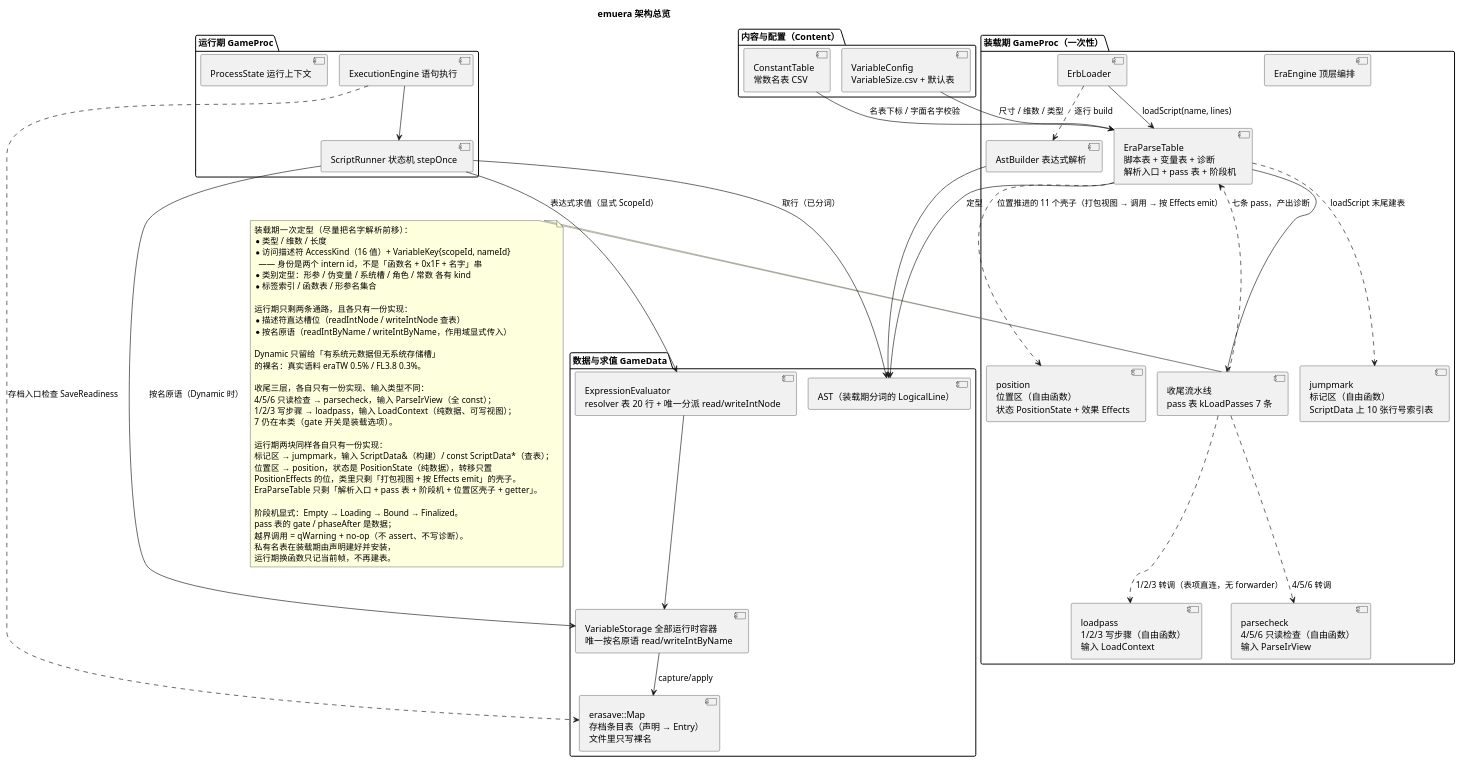
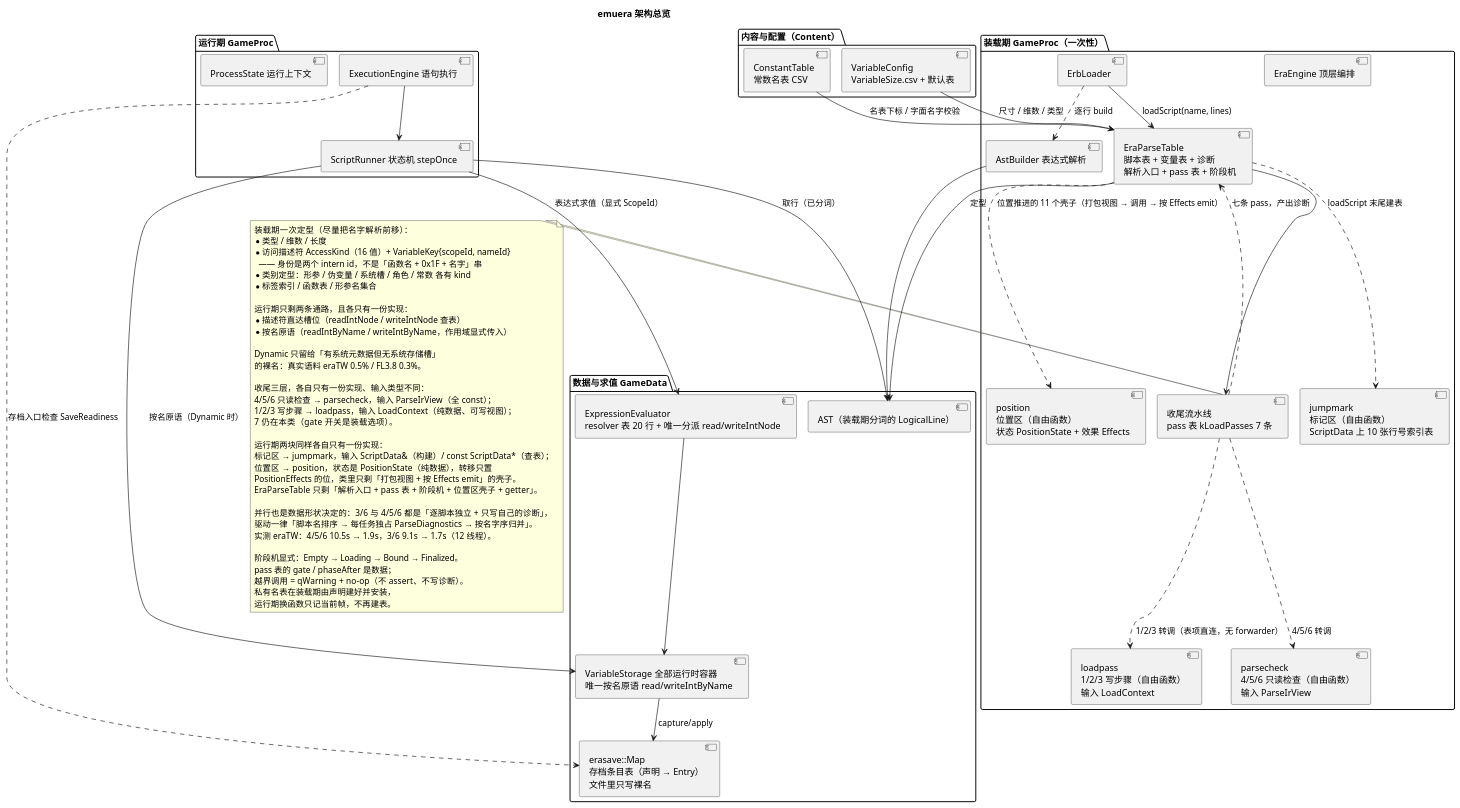
The diagram in docs/uml/00-overview.puml (yigekuyou/qt-eraemu), drawn with PlantUML before and after one commit. The commit also changed 2 other files, not shown here.

Commit message:
docs/uml：收尾并行（3/6 与 4/5/6）写进图与 README
- 00：note 补「并行也是数据形状决定的」——3/6 与 4/5/6 都是逐脚本独立 +
  只写自己的诊断，驱动统一为「脚本名排序 → 每任务独占 sink → 按名字序归并」；
  实测 eraTW：4/5/6 10.5s → 1.9s，3/6 9.1s → 1.7s（12 线程）。
- 04：3/6 的 group 里标出「两半同在一个脚本任务」（后半读前半刚写的
  line.argument.typeOk，脚本内顺序依赖）；只读检查三步标出 runPerScript
  的归并序与实测耗时。
- README：新增「收尾并行由数据形状决定」条目（含串行阈值、sortForOutput
  的兜底地位、未排序输出与基线逐字节相同这条证据）。

9 张图 -tpng / -tsvg 全部渲染通过。

```diff
--- a/docs/uml/00-overview.puml
+++ b/docs/uml/00-overview.puml
@@ -1,90 +1,94 @@
 @startuml 00-overview
 ' 无 graphviz(dot) 时用 PlantUML 内置 smetana 布局引擎（有 dot 可删掉这两行）
 !pragma layout smetana
 ' emuera —— 架构总览：装载期一次定型，运行期只做存取
 ' 渲染：plantuml -tpng docs/uml/00-overview.puml
 title emuera 架构总览
 
 package "装载期 GameProc（一次性）" {
   [EraEngine 顶层编排] as Engine
   [ErbLoader] as Loader
   [AstBuilder 表达式解析] as Builder
   [EraParseTable\n脚本表 + 变量表 + 诊断\n解析入口 + pass 表 + 阶段机] as Table
   [收尾流水线\npass 表 kLoadPasses 7 条] as Finish
   [parsecheck\n4/5/6 只读检查（自由函数）\n输入 ParseIrView] as Checks
   [loadpass\n1/2/3 写步骤（自由函数）\n输入 LoadContext] as Writes
   [jumpmark\n标记区（自由函数）\nScriptData 上 10 张行号索引表] as Mark
   [position\n位置区（自由函数）\n状态 PositionState + 效果 Effects] as Pos
 }
 
 package "内容与配置（Content）" {
   [ConstantTable\n常数名表 CSV] as Consts
   [VariableConfig\nVariableSize.csv + 默认表] as Config
 }
 
 package "运行期 GameProc" {
   [ExecutionEngine 语句执行] as Exec
   [ScriptRunner 状态机 stepOnce] as Runner
   [ProcessState 运行上下文] as State
 }
 
 package "数据与求值 GameData" {
   [AST（装载期分词的 LogicalLine）] as AST
   [VariableStorage 全部运行时容器\n唯一按名原语 read/writeIntByName] as Storage
   [ExpressionEvaluator\nresolver 表 20 行 + 唯一分派 read/writeIntNode] as Eval
   [erasave::Map\n存档条目表（声明 → Entry）\n文件里只写裸名] as Save
 }
 
 Loader ..> Builder : 逐行 build
 Loader --> Table : loadScript(name, lines)
 Builder --> AST
 Finish ..> Table : 七条 pass，产出诊断
 Table --> Finish
 Finish ..> Checks : 4/5/6 转调
 Finish ..> Writes : 1/2/3 转调（表项直连，无 forwarder）
 Table ..> Mark : loadScript 末尾建表
 Table ..> Pos : 位置推进的 11 个壳子（打包视图 → 调用 → 按 Effects emit）
 Consts --> Table : 名表下标 / 字面名字校验
 Config --> Table : 尺寸 / 维数 / 类型
 Exec --> Runner
 Runner --> AST : 取行（已分词）
 Runner --> Storage : 按名原语（Dynamic 时）
 Runner --> Eval : 表达式求值（显式 ScopeId）
 Eval --> Storage
 Storage --> Save : capture/apply
 Exec ..> Save : 存档入口检查 SaveReadiness
 Table --> AST : 定型
 
 note right of Finish
   装载期一次定型（尽量把名字解析前移）：
   * 类型 / 维数 / 长度
   * 访问描述符 AccessKind（16 值）+ VariableKey{scopeId, nameId}
     —— 身份是两个 intern id，不是「函数名 + 0x1F + 名字」串
   * 类别定型：形参 / 伪变量 / 系统槽 / 角色 / 常数 各有 kind
   * 标签索引 / 函数表 / 形参名集合
 
   运行期只剩两条通路，且各只有一份实现：
   * 描述符直达槽位（readIntNode / writeIntNode 查表）
   * 按名原语（readIntByName / writeIntByName，作用域显式传入）
 
   Dynamic 只留给「有系统元数据但无系统存储槽」
   的裸名：真实语料 eraTW 0.5% / FL3.8 0.3%。
 
   收尾三层，各自只有一份实现、输入类型不同：
   4/5/6 只读检查 → parsecheck，输入 ParseIrView（全 const）；
   1/2/3 写步骤 → loadpass，输入 LoadContext（纯数据、可写视图）；
   7 仍在本类（gate 开关是装载选项）。
 
   运行期两块同样各自只有一份实现：
   标记区 → jumpmark，输入 ScriptData&（构建）/ const ScriptData*（查表）；
   位置区 → position，状态是 PositionState（纯数据），转移只置
   PositionEffects 的位，类里只剩「打包视图 + 按 Effects emit」的壳子。
   EraParseTable 只剩「解析入口 + pass 表 + 阶段机 + 位置区壳子 + getter」。
 
+  并行也是数据形状决定的：3/6 与 4/5/6 都是「逐脚本独立 + 只写自己的诊断」，
+  驱动一律「脚本名排序 → 每任务独占 ParseDiagnostics → 按名字序归并」。
+  实测 eraTW：4/5/6 10.5s → 1.9s，3/6 9.1s → 1.7s（12 线程）。
+
   阶段机显式：Empty → Loading → Bound → Finalized。
   pass 表的 gate / phaseAfter 是数据；
   越界调用 = qWarning + no-op（不 assert、不写诊断）。
   私有名表在装载期由声明建好并安装，
   运行期换函数只记当前帧，不再建表。
 end note
 @enduml
```
